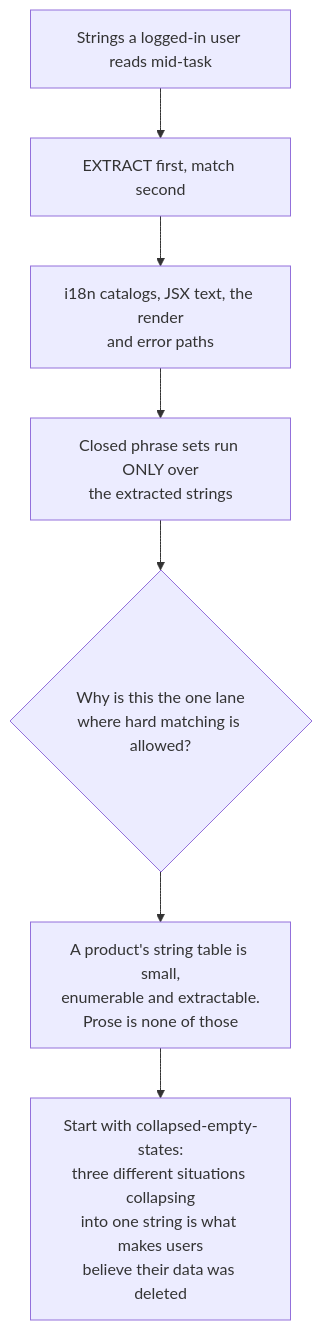
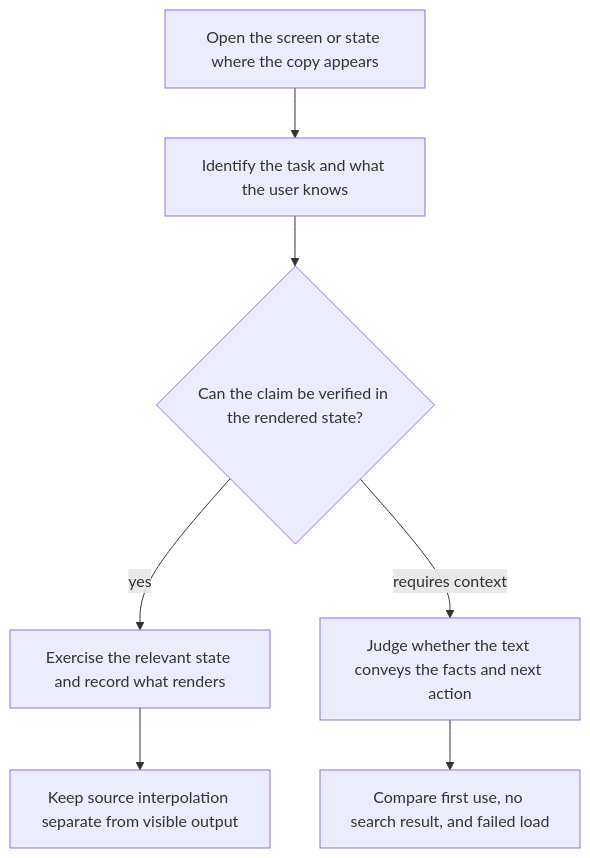
One commit to curiositech/windags-skills changed the diagram in skills/make-copy-and-media-human/references/product-ux-writing.md. Above: the diagram before and after it, drawn with Mermaid. The commit also changed other lines of this file and 8 other files, not shown here.

````diff
--- a/skills/make-copy-and-media-human/references/product-ux-writing.md
+++ b/skills/make-copy-and-media-human/references/product-ux-writing.md
@@ -21,9 +19,9 @@
 ```mermaid
 flowchart TD
-    A["Strings a logged-in user reads mid-task"] --> B["EXTRACT first, match second"]
-    B --> C["i18n catalogs, JSX text, the render<br/>and error paths"]
-    C --> D["Closed phrase sets run ONLY over<br/>the extracted strings"]
-    D --> E{"Why is this the one lane<br/>where hard matching is allowed?"}
-    E --> F["A product's string table is small,<br/>enumerable and extractable.<br/>Prose is none of those"]
-    F --> G["Start with collapsed-empty-states:<br/>three different situations collapsing<br/>into one string is what makes users<br/>believe their data was deleted"]
+    A["Open the screen or state where the copy appears"] --> B["Identify the task and what the user knows"]
+    B --> C{"Can the claim be verified in the rendered state?"}
+    C -->|yes| D["Exercise the relevant state and record what renders"]
+    C -->|requires context| E["Judge whether the text conveys the facts and next action"]
+    D --> F["Keep source interpolation separate from visible output"]
+    E --> G["Compare first use, no search result, and failed load"]
 ```
````
